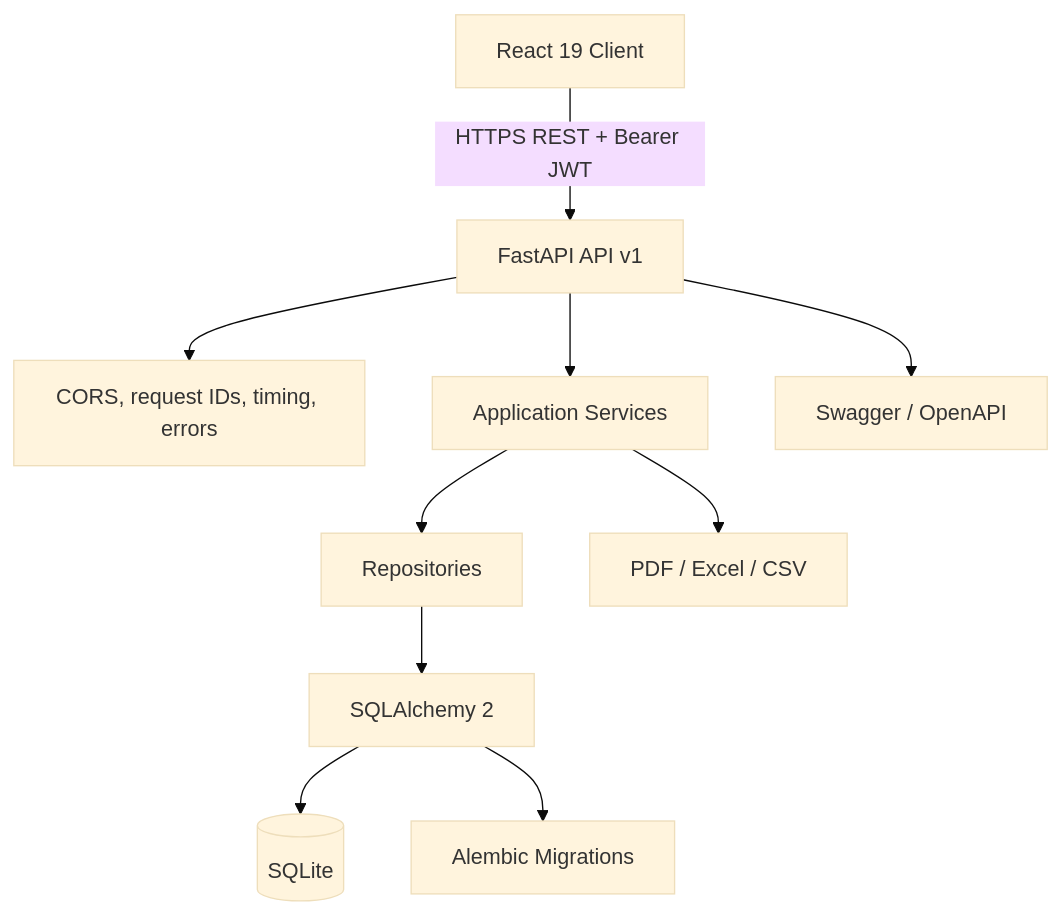
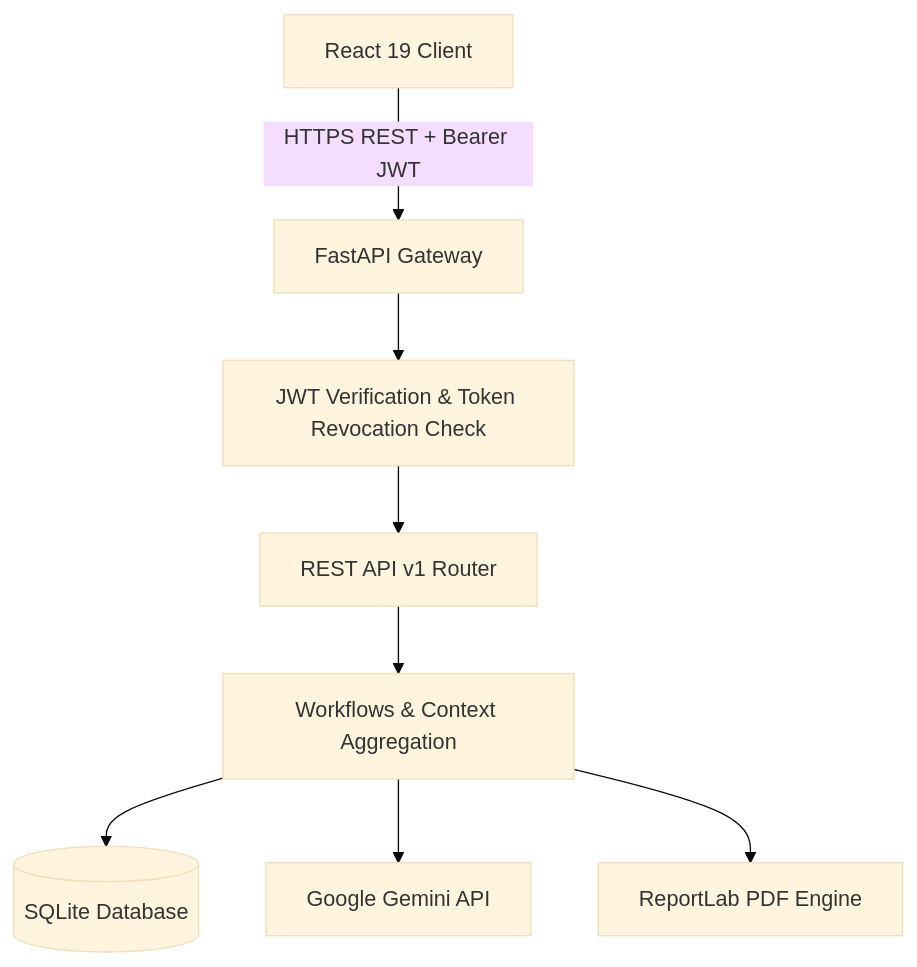
The diagram in README.md (sagnik328-sen/odoo), drawn with Mermaid (base theme) before and after one commit. The commit also changed other lines of this file, not shown here.

````diff
--- a/README.md
+++ b/README.md
@@ -53,12 +63,10 @@
 ```mermaid
 flowchart TB
-    Browser[React 19 Client] -->|HTTPS REST + Bearer JWT| API[FastAPI API v1]
-    API --> Middleware[CORS, request IDs, timing, errors]
-    API --> Services[Application Services]
-    Services --> Repositories[Repositories]
-    Repositories --> ORM[SQLAlchemy 2]
-    ORM --> DB[(SQLite)]
-    ORM --> Alembic[Alembic Migrations]
-    Services --> Exports[PDF / Excel / CSV]
-    API --> OpenAPI[Swagger / OpenAPI]
+    Browser[React 19 Client] -->|HTTPS REST + Bearer JWT| API[FastAPI Gateway]
+    API --> Security[JWT Verification & Token Revocation Check]
+    Security --> Controller[REST API v1 Router]
+    Controller --> Services[Workflows & Context Aggregation]
+    Services --> DB[(SQLite Database)]
+    Services --> Gemini[Google Gemini API]
+    Services --> PDF[ReportLab PDF Engine]
 ```
````
